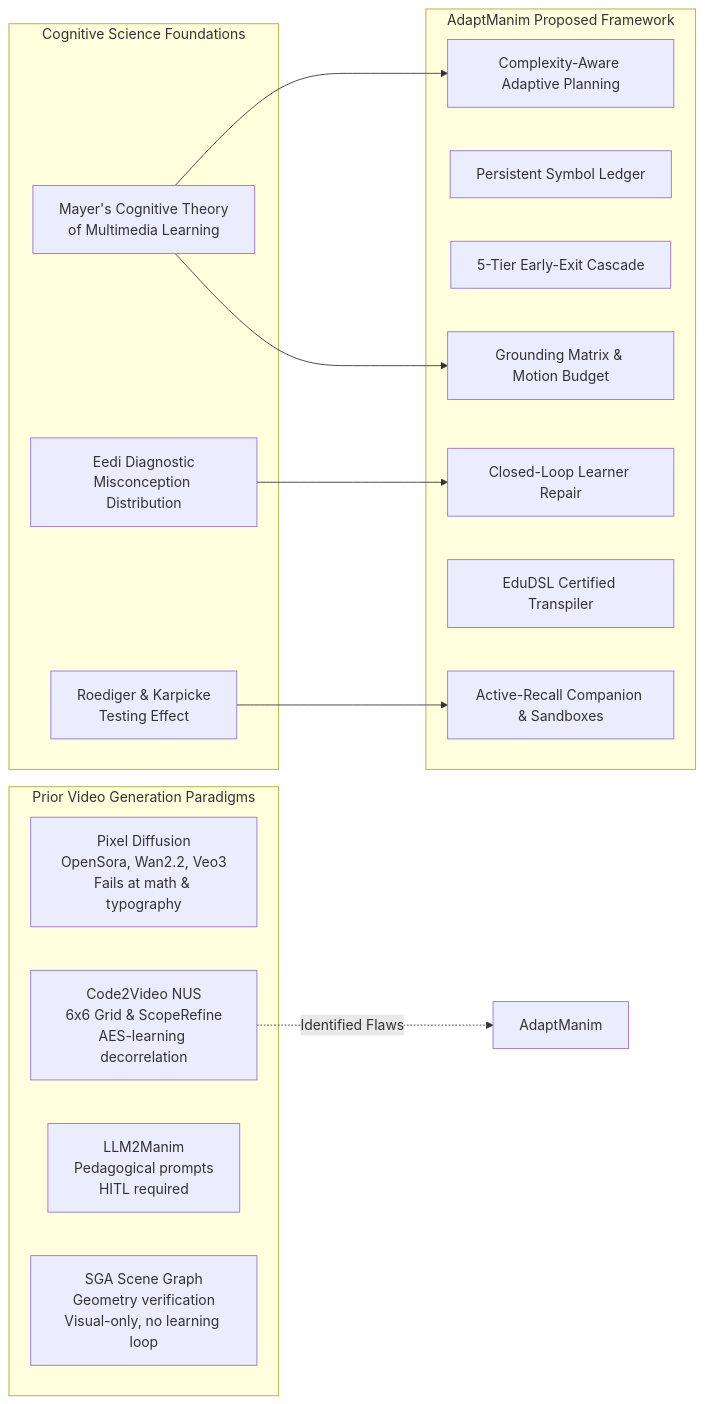
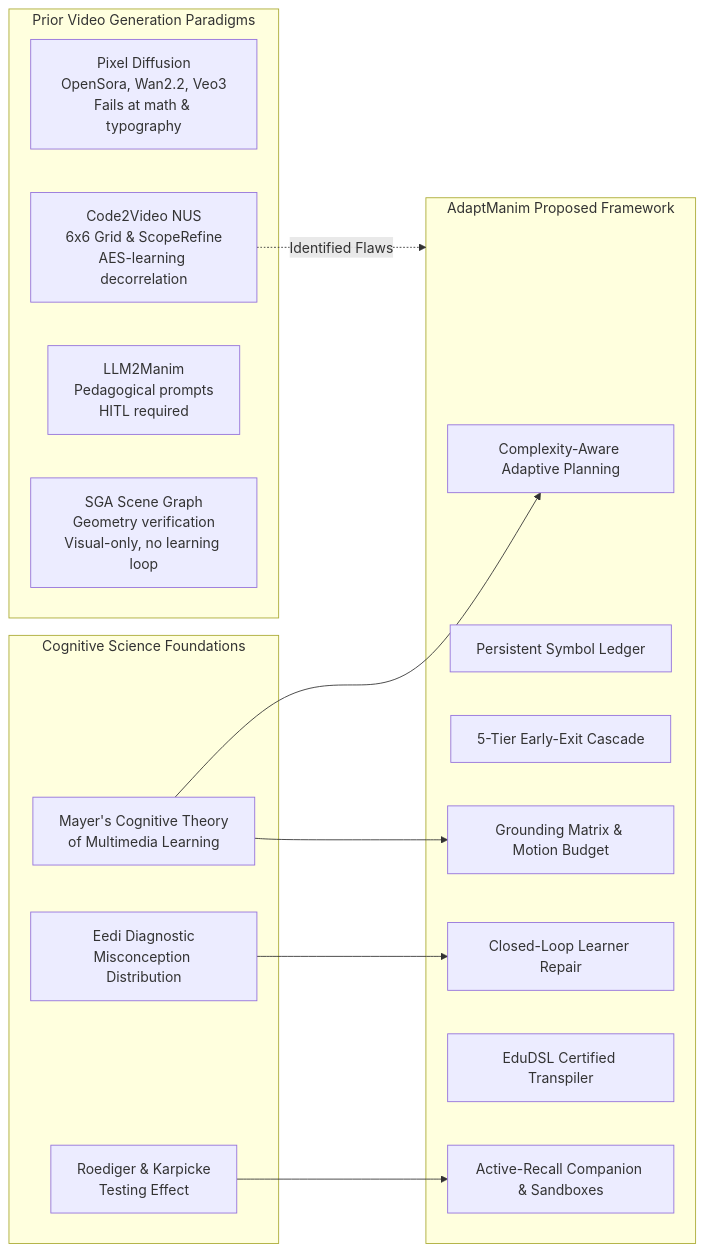
Before and after one commit to MohdHassaan12/Code2Video: the first of 4 diagrams in FINAL_PROJECT_REPORT.md, drawn with Mermaid. The commit also changed other lines of this file and 2 other files, not shown here.

Commit message:
fix(docs): quote Mermaid node labels and subgraphs to resolve GitHub render error

````diff
--- a/FINAL_PROJECT_REPORT.md
+++ b/FINAL_PROJECT_REPORT.md
@@ -83,31 +83,31 @@
 ```mermaid
 flowchart LR
-    subgraph Cognitive Science Foundations
-        CTML[Mayer's Cognitive Theory<br>of Multimedia Learning]
-        TE[Roediger & Karpicke<br>Testing Effect]
-        EEDI[Eedi Diagnostic<br>Misconception Distribution]
+    subgraph CSF ["Cognitive Science Foundations"]
+        CTML["Mayer's Cognitive Theory<br>of Multimedia Learning"]
+        TE["Roediger & Karpicke<br>Testing Effect"]
+        EEDI["Eedi Diagnostic<br>Misconception Distribution"]
     end
 
-    subgraph Prior Video Generation Paradigms
-        DIFF[Pixel Diffusion<br>OpenSora, Wan2.2, Veo3<br>Fails at math & typography]
-        C2V[Code2Video NUS<br>6x6 Grid & ScopeRefine<br>AES-learning decorrelation]
-        LLM2M[LLM2Manim<br>Pedagogical prompts<br>HITL required]
-        SGA[SGA Scene Graph<br>Geometry verification<br>Visual-only, no learning loop]
+    subgraph PVG ["Prior Video Generation Paradigms"]
+        DIFF["Pixel Diffusion<br>OpenSora, Wan2.2, Veo3<br>Fails at math & typography"]
+        C2V["Code2Video NUS<br>6x6 Grid & ScopeRefine<br>AES-learning decorrelation"]
+        LLM2M["LLM2Manim<br>Pedagogical prompts<br>HITL required"]
+        SGA["SGA Scene Graph<br>Geometry verification<br>Visual-only, no learning loop"]
     end
 
-    subgraph AdaptManim Proposed Framework
-        AM_P[Complexity-Aware Adaptive Planning]
-        AM_L[Persistent Symbol Ledger]
-        AM_C[5-Tier Early-Exit Cascade]
-        AM_G[Grounding Matrix & Motion Budget]
-        AM_R[Closed-Loop Learner Repair]
-        AM_E[EduDSL Certified Transpiler]
-        AM_I[Active-Recall Companion & Sandboxes]
+    subgraph APF ["AdaptManim Proposed Framework"]
+        AM_P["Complexity-Aware Adaptive Planning"]
+        AM_L["Persistent Symbol Ledger"]
+        AM_C["5-Tier Early-Exit Cascade"]
+        AM_G["Grounding Matrix & Motion Budget"]
+        AM_R["Closed-Loop Learner Repair"]
+        AM_E["EduDSL Certified Transpiler"]
+        AM_I["Active-Recall Companion & Sandboxes"]
     end
 
     CTML --> AM_G
     CTML --> AM_P
     TE --> AM_I
     EEDI --> AM_R
-    C2V -.->|Identified Flaws| AdaptManim
+    C2V -.->|Identified Flaws| APF
 ```
````
